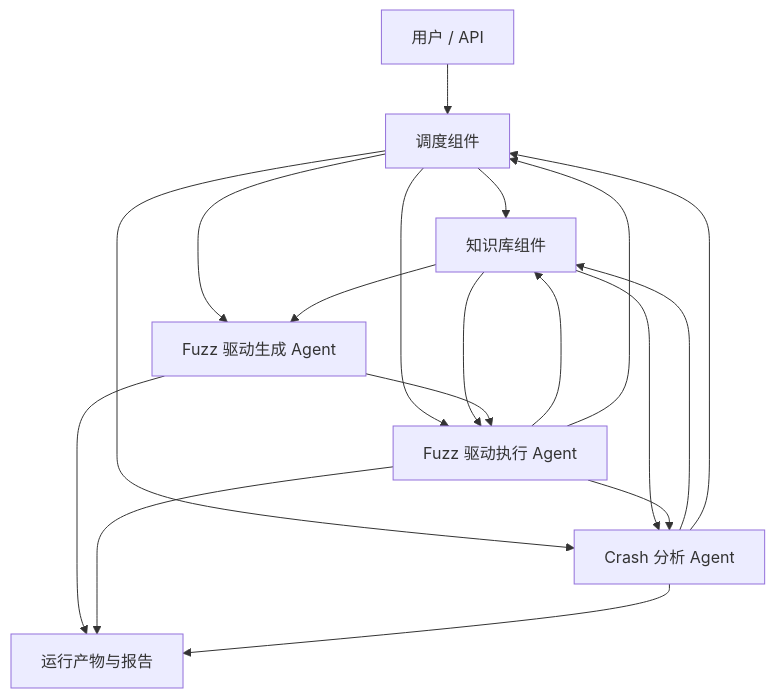
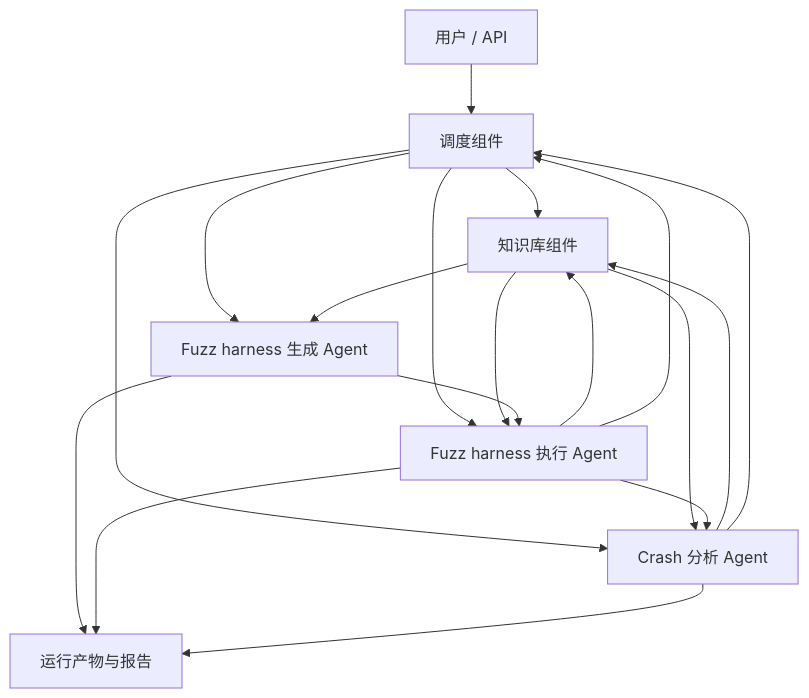
One commit to vell1ch0r/AxF changed the first of 2 diagrams in docs/architecture.md. Above: the diagram before and after it, drawn with Mermaid. The commit also changed other lines of this file and 4 other files, not shown here.

Commit message:
Use fuzz harness terminology

````diff
--- a/docs/architecture.md
+++ b/docs/architecture.md
@@ -76,33 +76,33 @@
 ```mermaid
 flowchart TB
     User["用户 / API"]
     Scheduler["调度组件"]
 
     KB["知识库组件"]
-    Gen["Fuzz 驱动生成 Agent"]
-    Exec["Fuzz 驱动执行 Agent"]
+    Gen["Fuzz harness 生成 Agent"]
+    Exec["Fuzz harness 执行 Agent"]
     Crash["Crash 分析 Agent"]
 
     Artifacts["运行产物与报告"]
 
     User --> Scheduler
     Scheduler --> KB
     Scheduler --> Gen
     Scheduler --> Exec
     Scheduler --> Crash
 
     KB --> Gen
     KB --> Exec
     KB --> Crash
 
     Gen --> Exec
     Exec --> Crash
     Crash --> KB
     Exec --> KB
     Crash --> Scheduler
     Exec --> Scheduler
 
     Gen --> Artifacts
     Exec --> Artifacts
     Crash --> Artifacts
 ```
````
